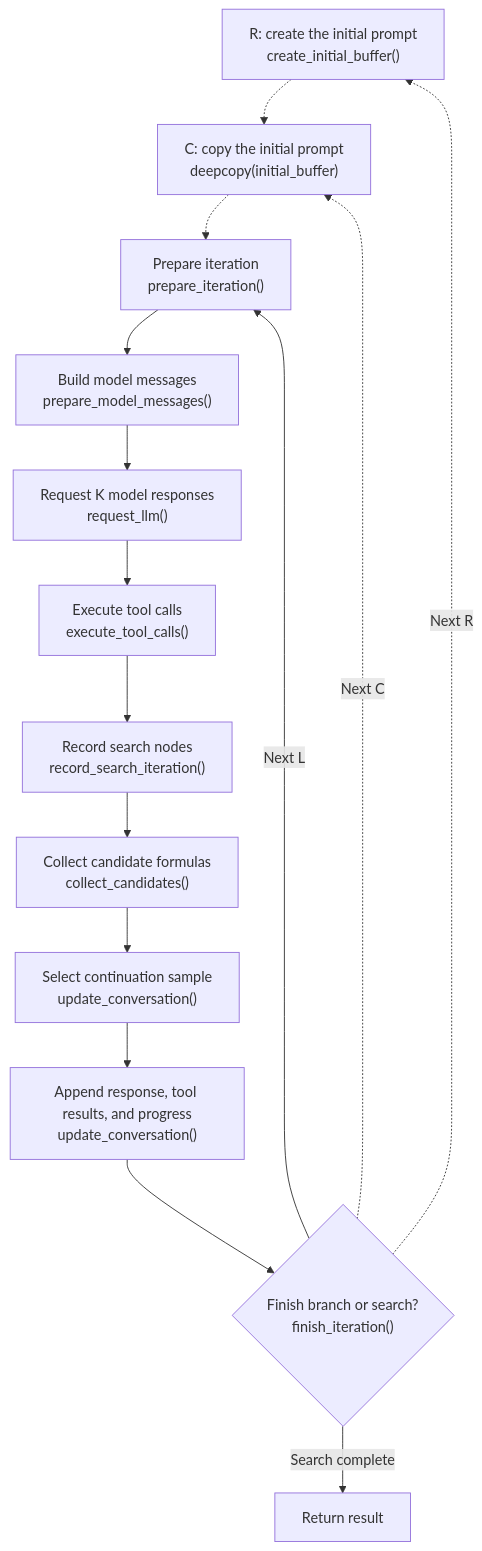
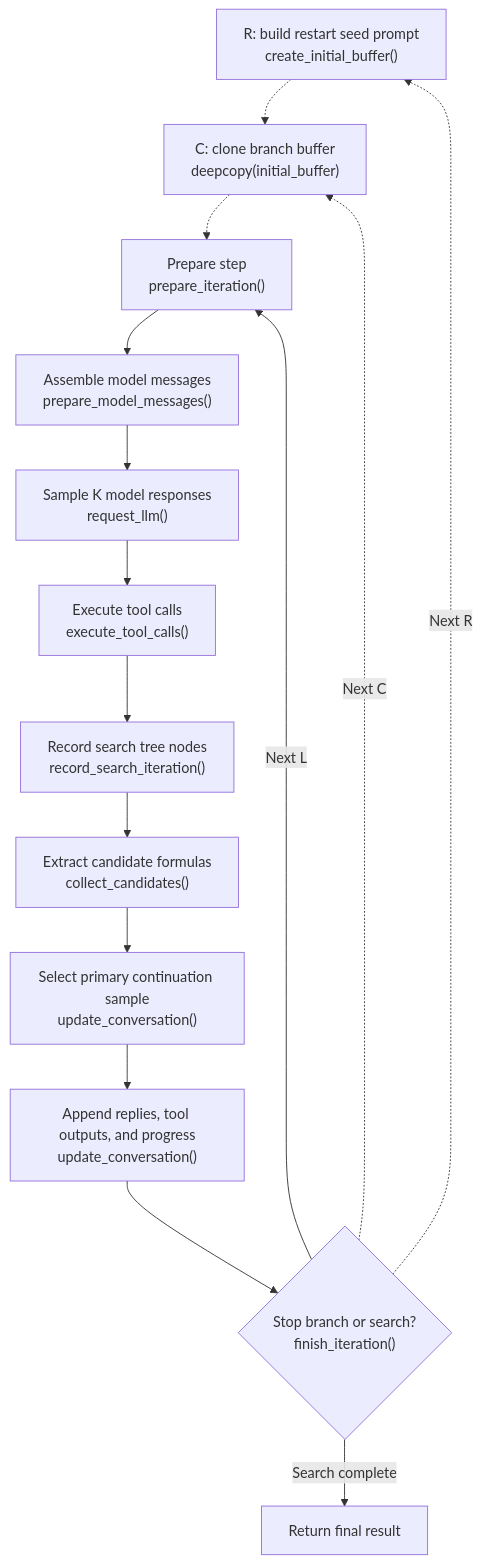
Before and after one commit to fhydralisk/ASTRAL: the third of 4 diagrams in docs/agent.en.md, drawn with Mermaid. The commit also changed other lines of this file and 25 other files, not shown here.

````diff
--- a/docs/agent.en.md
+++ b/docs/agent.en.md
@@ -84,18 +90,18 @@
 ```mermaid
 flowchart TB
-    R0["R: create the initial prompt<br/>create_initial_buffer()"]
-    R0 -.-> C0["C: copy the initial prompt<br/>deepcopy(initial_buffer)"]
-    C0 -.-> A["Prepare iteration<br/>prepare_iteration()"]
-    A --> B["Build model messages<br/>prepare_model_messages()"]
-    B --> C["Request K model responses<br/>request_llm()"]
+    R0["R: build restart seed prompt<br/>create_initial_buffer()"]
+    R0 -.-> C0["C: clone branch buffer<br/>deepcopy(initial_buffer)"]
+    C0 -.-> A["Prepare step<br/>prepare_iteration()"]
+    A --> B["Assemble model messages<br/>prepare_model_messages()"]
+    B --> C["Sample K model responses<br/>request_llm()"]
     C --> E["Execute tool calls<br/>execute_tool_calls()"]
-    E --> F["Record search nodes<br/>record_search_iteration()"]
-    F --> G["Collect candidate formulas<br/>collect_candidates()"]
-    G --> H["Select continuation sample<br/>update_conversation()"]
-    H --> I["Append response, tool results, and progress<br/>update_conversation()"]
-    I --> J{"Finish branch or search?<br/>finish_iteration()"}
+    E --> F["Record search tree nodes<br/>record_search_iteration()"]
+    F --> G["Extract candidate formulas<br/>collect_candidates()"]
+    G --> H["Select primary continuation sample<br/>update_conversation()"]
+    H --> I["Append replies, tool outputs, and progress<br/>update_conversation()"]
+    I --> J{"Stop branch or search?<br/>finish_iteration()"}
     J -- Next L --> A
     J -. Next C .-> C0
     J -. Next R .-> R0
-    J -- Search complete --> K[Return result]
+    J -- Search complete --> K[Return final result]
 ```
````
